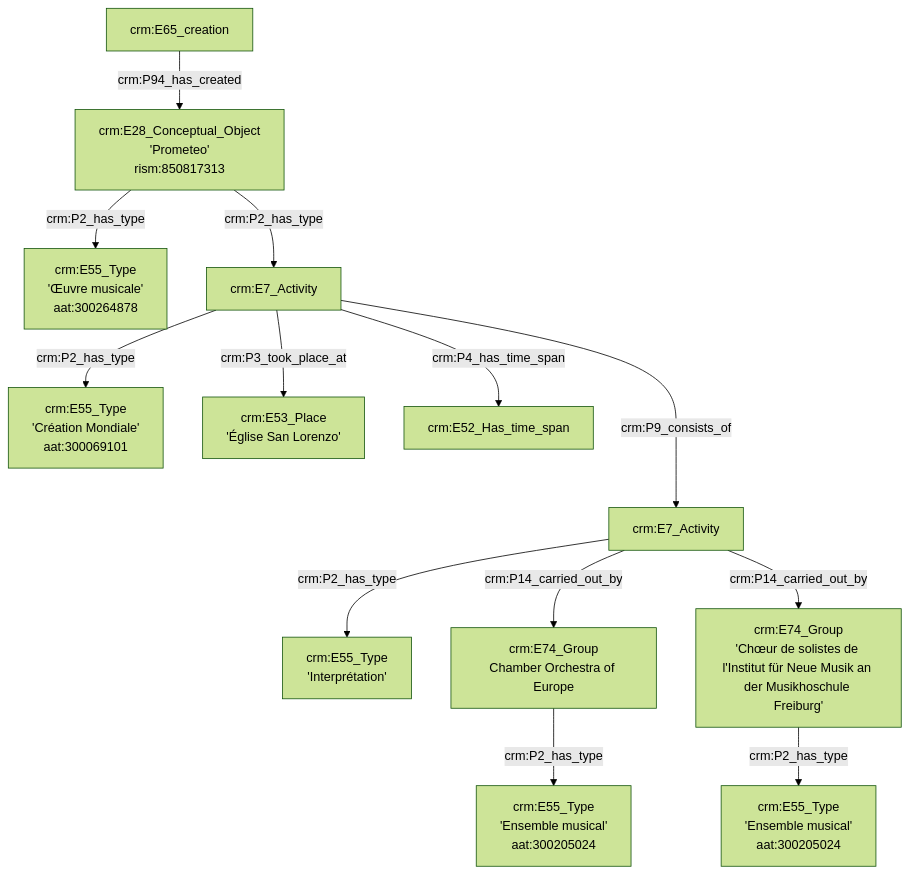
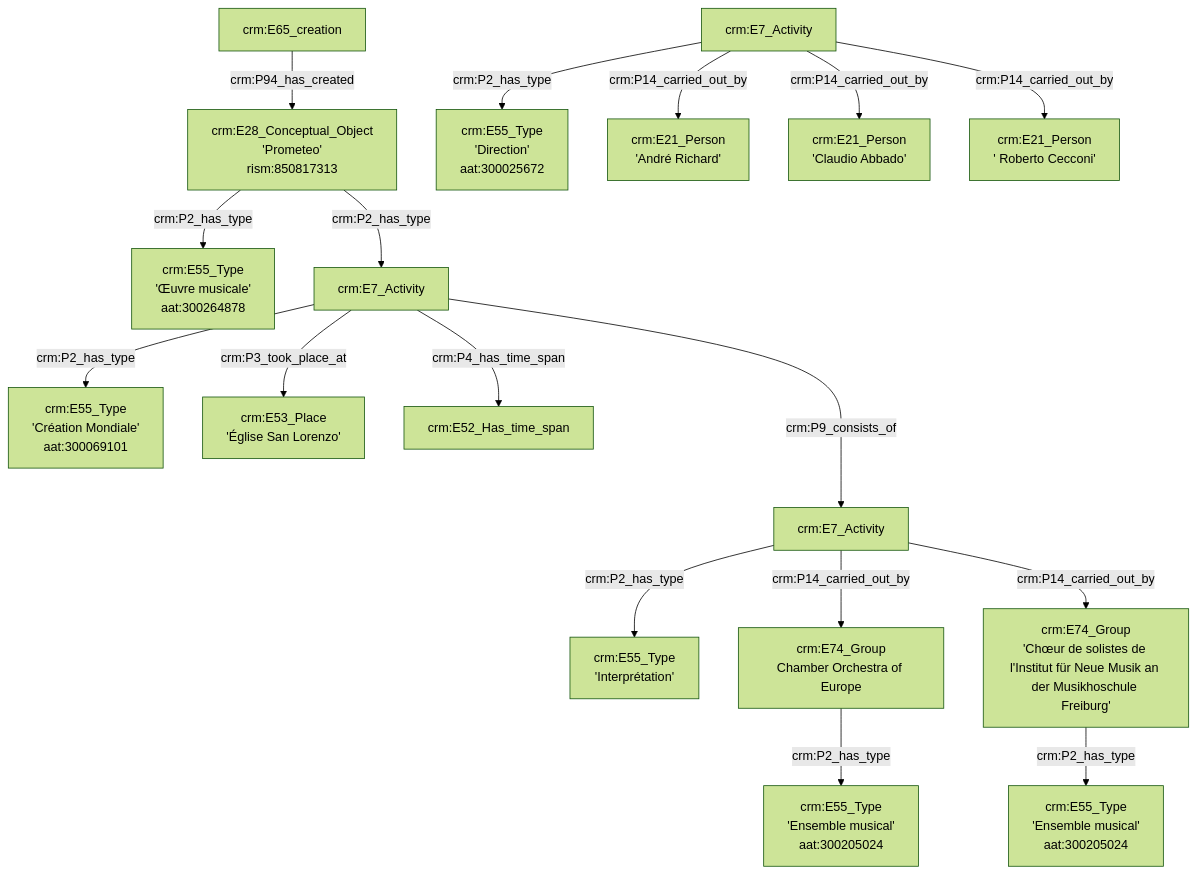
Before and after one commit to GusBraud/OntoMatchGameGus: the third of 5 diagrams in Exemple1.md, drawn with Mermaid (forest theme).

````diff
--- a/Exemple1.md
+++ b/Exemple1.md
@@ -30,18 +30,22 @@
 ```mermaid
 graph TD;
 
 D[crm:E65_creation] --> |crm:P94_has_created| E[crm:E28_Conceptual_Object<br>'Prometeo'<br>rism:850817313]
 E[crm:E28_Conceptual_Object<br>'Prometeo'<br>rism:850817313] --> |crm:P2_has_type| F[crm:E55_Type<br>'Œuvre musicale'<br>aat:300264878]
 E[crm:E28_Conceptual_Object<br>'Prometeo'<br>rism:850817313] --> |crm:P2_has_type| G[crm:E7_Activity]
 G[crm:E7_Activity] --> |crm:P2_has_type| H[crm:E55_Type<br>'Création Mondiale'<br>aat:300069101]
 G[crm:E7_Activity] --> |crm:P3_took_place_at| I[crm:E53_Place<br>'Église San Lorenzo']
 G[crm:E7_Activity] --> |crm:P4_has_time_span| J[crm:E52_Has_time_span]
 G[crm:E7_Activity] ---> |crm:P9_consists_of| K[crm:E7_Activity]
 K[crm:E7_Activity] --> |crm:P2_has_type| L[crm:E55_Type<br>'Interprétation']
-K[crm:E7_Activity] --> |crm:P14_carried_out_by| M[crm:E74_Group<br>Chamber Orchestra of Europe]
+K[crm:E7_Activity] --> |crm:P14_carried_out_by| M[crm:E74_Group<br>'Chamber Orchestra of Europe']
 M[crm:E74_Group<br>Chamber Orchestra of Europe] --> |crm:P2_has_type| N[crm:E55_Type<br>'Ensemble musical'<br>aat:300205024]
 K[crm:E7_Activity] --> |crm:P14_carried_out_by| O[crm:E74_Group<br>'Chœur de solistes de l'Institut für Neue Musik an der Musikhoschule Freiburg']
 O[crm:E74_Group<br>'Chœur de solistes de l'Institut für Neue Musik an der Musikhoschule Freiburg'] --> |crm:P2_has_type| P[crm:E55_Type<br>'Ensemble musical'<br>aat:300205024]
 
+Q[crm:E7_Activity] --> |crm:P2_has_type| R[crm:E55_Type<br>'Direction'<br>aat:300025672]
+Q[crm:E7_Activity] --> |crm:P14_carried_out_by| S[crm:E21_Person<br>'André Richard']
+Q[crm:E7_Activity] --> |crm:P14_carried_out_by| T[crm:E21_Person<br>'Claudio Abbado']
+Q[crm:E7_Activity] --> |crm:P14_carried_out_by| U[crm:E21_Person<br>' Roberto Cecconi']
 
 ```
````
